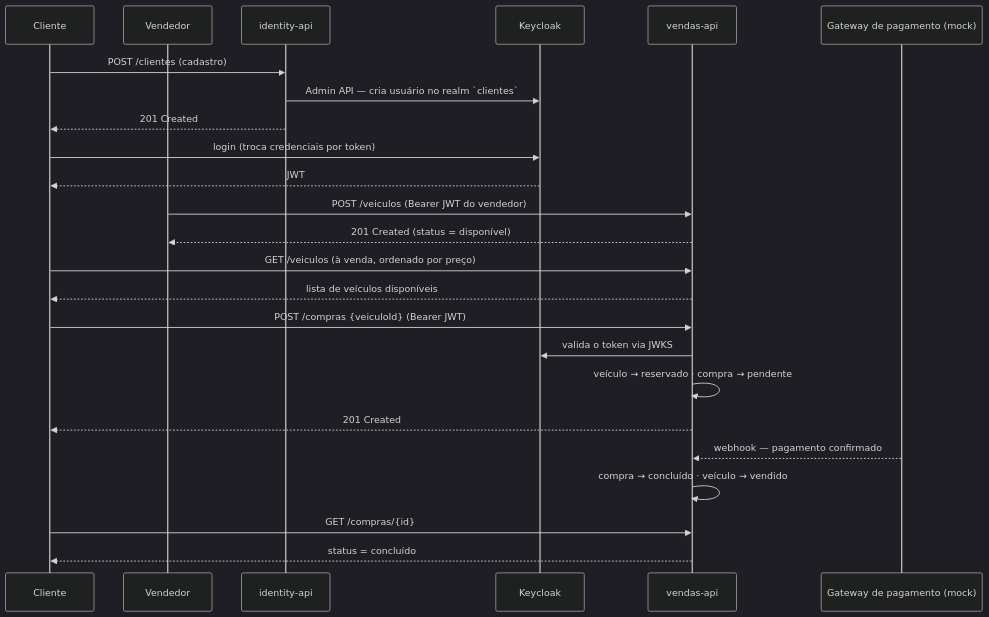
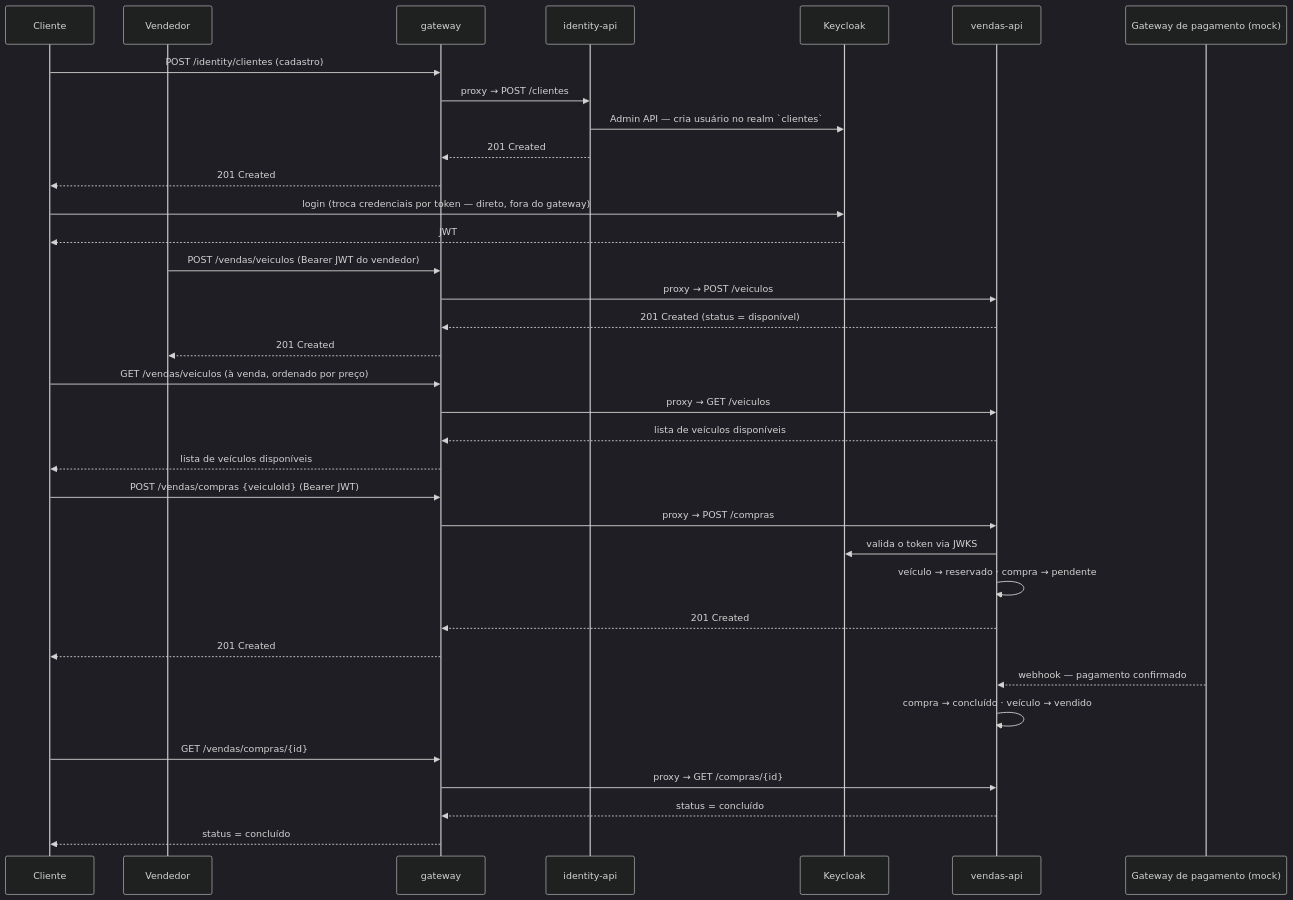
The third of 3 diagrams in docs/architecture.md (andersonnunes/revendaX), drawn with Mermaid (dark theme) before and after one commit. The commit also changed other lines of this file and 1 other file, not shown here.

Commit message:
Document the gateway in architecture docs and ADR-0005

````diff
--- a/docs/architecture.md
+++ b/docs/architecture.md
@@ -91,33 +102,44 @@
 ```mermaid
 sequenceDiagram
     participant C as Cliente
     participant V as Vendedor
+    participant GW as gateway
     participant IA as identity-api
     participant KC as Keycloak
     participant VA as vendas-api
     participant PG as Gateway de pagamento (mock)
 
-    C->>IA: POST /clientes (cadastro)
+    C->>GW: POST /identity/clientes (cadastro)
+    GW->>IA: proxy → POST /clientes
     IA->>KC: Admin API — cria usuário no realm `clientes`
-    IA-->>C: 201 Created
+    IA-->>GW: 201 Created
+    GW-->>C: 201 Created
 
-    C->>KC: login (troca credenciais por token)
+    C->>KC: login (troca credenciais por token — direto, fora do gateway)
     KC-->>C: JWT
 
-    V->>VA: POST /veiculos (Bearer JWT do vendedor)
-    VA-->>V: 201 Created (status = disponível)
+    V->>GW: POST /vendas/veiculos (Bearer JWT do vendedor)
+    GW->>VA: proxy → POST /veiculos
+    VA-->>GW: 201 Created (status = disponível)
+    GW-->>V: 201 Created
 
-    C->>VA: GET /veiculos (à venda, ordenado por preço)
-    VA-->>C: lista de veículos disponíveis
+    C->>GW: GET /vendas/veiculos (à venda, ordenado por preço)
+    GW->>VA: proxy → GET /veiculos
+    VA-->>GW: lista de veículos disponíveis
+    GW-->>C: lista de veículos disponíveis
 
-    C->>VA: POST /compras {veiculoId} (Bearer JWT)
+    C->>GW: POST /vendas/compras {veiculoId} (Bearer JWT)
+    GW->>VA: proxy → POST /compras
     VA->>KC: valida o token via JWKS
     VA->>VA: veículo → reservado · compra → pendente
-    VA-->>C: 201 Created
+    VA-->>GW: 201 Created
+    GW-->>C: 201 Created
 
     PG-->>VA: webhook — pagamento confirmado
     VA->>VA: compra → concluído · veículo → vendido
 
-    C->>VA: GET /compras/{id}
-    VA-->>C: status = concluído
+    C->>GW: GET /vendas/compras/{id}
+    GW->>VA: proxy → GET /compras/{id}
+    VA-->>GW: status = concluído
+    GW-->>C: status = concluído
 ```
````
